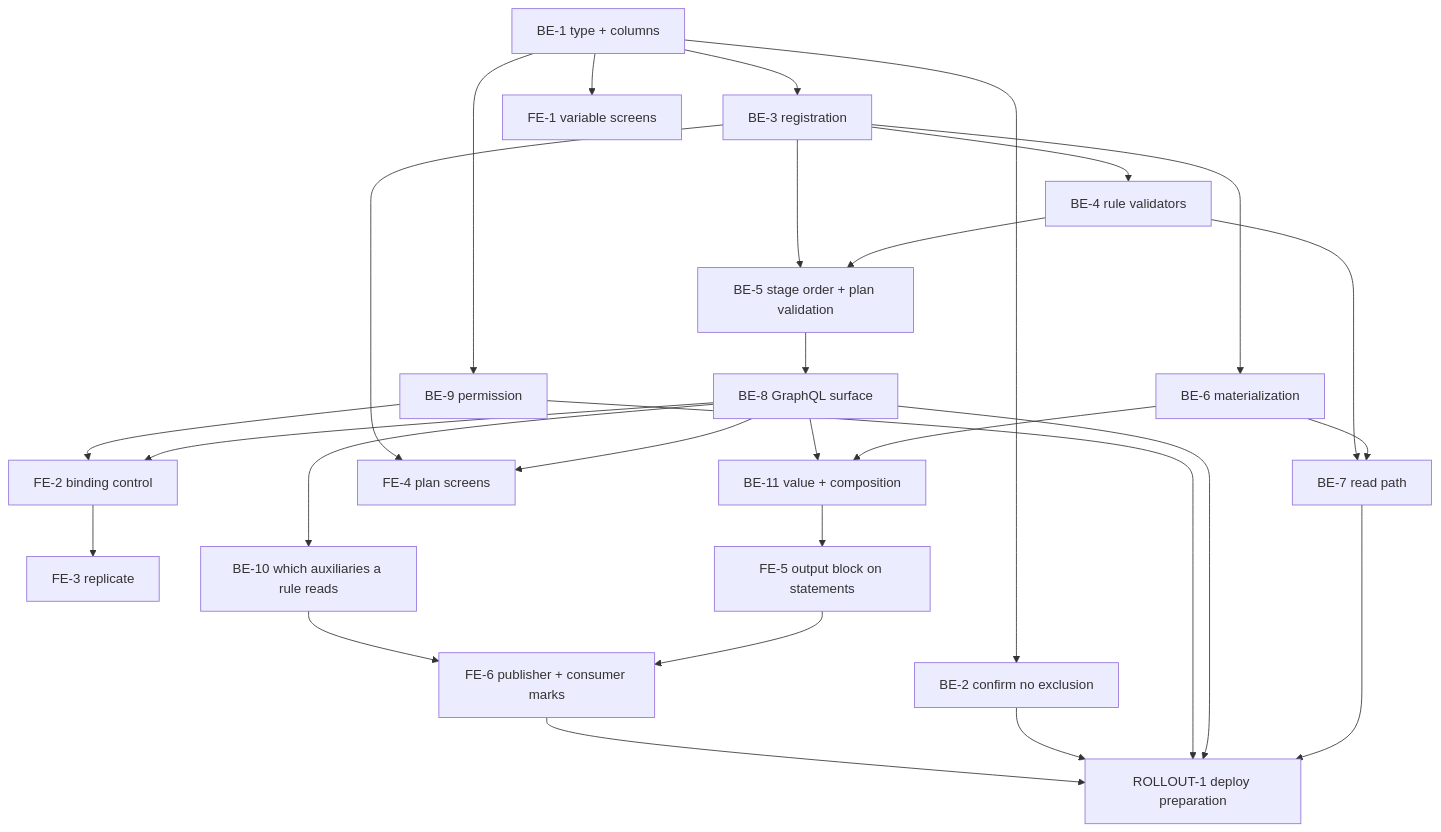
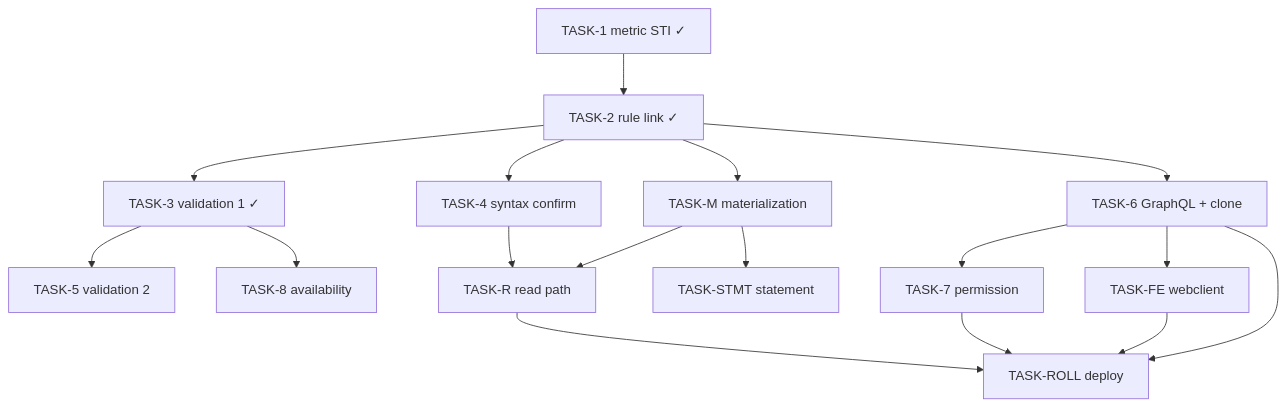
One commit to plribeiro3000/dot-claude-plans changed the diagram in active/app/output-variables/TASKS.md. Above: the diagram before and after it, drawn with Mermaid. The commit also changed other lines of this file and 8 other files, not shown here.

````diff
--- a/active/app/output-variables/TASKS.md
+++ b/active/app/output-variables/TASKS.md
@@ -967,30 +211,19 @@
 ```mermaid
 graph TD
-  BE1[BE-1 type + columns] --> BE2[BE-2 confirm no exclusion]
-  BE1 --> BE3[BE-3 registration]
-  BE1 --> BE9[BE-9 permission]
-  BE1 --> FE1[FE-1 variable screens]
-  BE3 --> BE4[BE-4 rule validators]
-  BE4 --> BE5[BE-5 stage order + plan validation]
-  BE3 --> BE5
-  BE3 --> BE6[BE-6 materialization]
-  BE6 --> BE7[BE-7 read path]
-  BE4 --> BE7
-  BE5 --> BE8[BE-8 GraphQL surface]
-  BE8 --> FE2[FE-2 binding control]
-  BE9 --> FE2
-  FE2 --> FE3[FE-3 replicate]
-  BE8 --> FE4[FE-4 plan screens]
-  BE3 --> FE4
-  BE8 --> BE10[BE-10 which auxiliaries a rule reads]
-  BE6 --> BE11[BE-11 value + composition]
-  BE8 --> BE11
-  BE11 --> FE5[FE-5 output block on statements]
-  FE5 --> FE6[FE-6 publisher + consumer marks]
-  BE10 --> FE6
-  BE7 --> ROLL[ROLLOUT-1 deploy preparation]
-  BE8 --> ROLL
-  BE9 --> ROLL
-  BE2 --> ROLL
-  FE6 --> ROLL
+  T1[TASK-1 metric STI ✓] --> T2[TASK-2 rule link ✓]
+  T2 --> T3[TASK-3 validation 1 ✓]
+  T3 --> T5[TASK-5 validation 2]
+  T2 --> T4[TASK-4 syntax confirm]
+  T2 --> TM[TASK-M materialization]
+  TM --> TR[TASK-R read path]
+  T4 --> TR
+  T2 --> T6[TASK-6 GraphQL + clone]
+  T6 --> T7[TASK-7 permission]
+  T6 --> TFE[TASK-FE webclient]
+  T3 --> T8[TASK-8 availability]
+  TM --> TSTMT[TASK-STMT statement]
+  TR --> TROLL[TASK-ROLL deploy]
+  T6 --> TROLL
+  T7 --> TROLL
+  TFE --> TROLL
 ```
````
